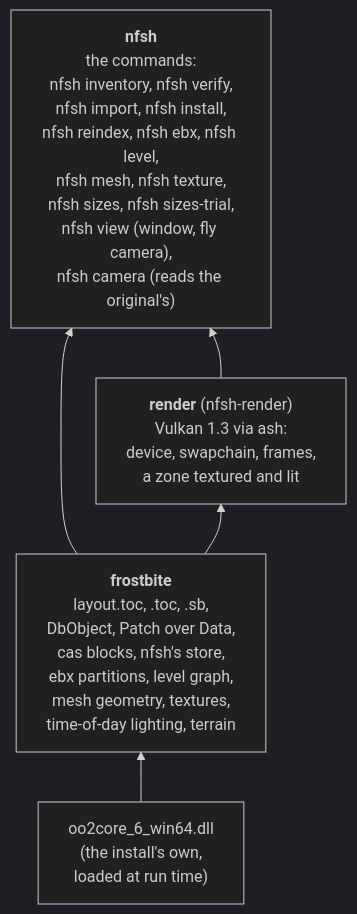
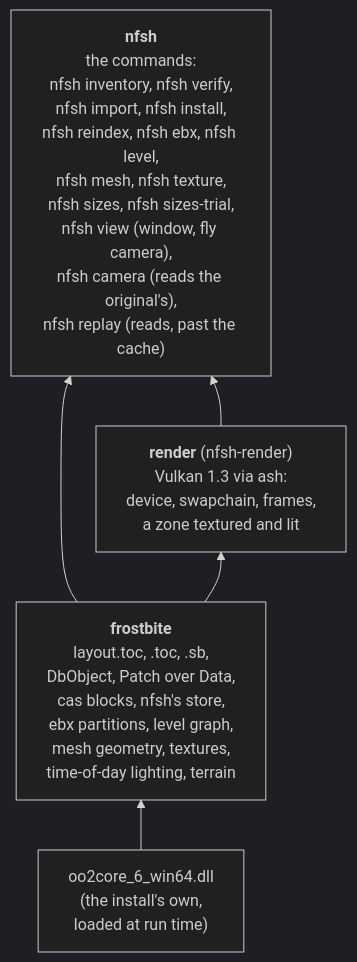
One commit to cmprssd/nfsh changed the second of 4 diagrams in docs/OVERVIEW.md. Above: the diagram before and after it, drawn with Mermaid (dark theme). The commit also changed other lines of this file and 12 other files, not shown here.

First line of the commit message:
feat: a cold load reads a zone's meshes in the packs' order; nfsh replay times reads past the cache; release 0.35.0 (#58)

````diff
--- a/docs/OVERVIEW.md
+++ b/docs/OVERVIEW.md
@@ -61,11 +61,11 @@
 ```mermaid
 flowchart BT
     fb["<b>frostbite</b><br/>layout.toc, .toc, .sb,<br/>DbObject, Patch over Data,<br/>cas blocks, nfsh's store,<br/>ebx partitions, level graph,<br/>mesh geometry, textures,<br/>time-of-day lighting, terrain"]
     oo["oo2core_6_win64.dll<br/>(the install's own,<br/>loaded at run time)"]
     render["<b>render</b> (nfsh-render)<br/>Vulkan 1.3 via ash:<br/>device, swapchain, frames,<br/>a zone textured and lit"]
-    app["<b>nfsh</b><br/>the commands:<br/>nfsh inventory, nfsh verify,<br/>nfsh import, nfsh install,<br/>nfsh reindex, nfsh ebx, nfsh level,<br/>nfsh mesh, nfsh texture,<br/>nfsh sizes, nfsh sizes-trial,<br/>nfsh view (window, fly camera),<br/>nfsh camera (reads the original's)"]
+    app["<b>nfsh</b><br/>the commands:<br/>nfsh inventory, nfsh verify,<br/>nfsh import, nfsh install,<br/>nfsh reindex, nfsh ebx, nfsh level,<br/>nfsh mesh, nfsh texture,<br/>nfsh sizes, nfsh sizes-trial,<br/>nfsh view (window, fly camera),<br/>nfsh camera (reads the original's),<br/>nfsh replay (reads, past the cache)"]
     oo --> fb
     fb --> render
     fb --> app
     render --> app
 ```
````
